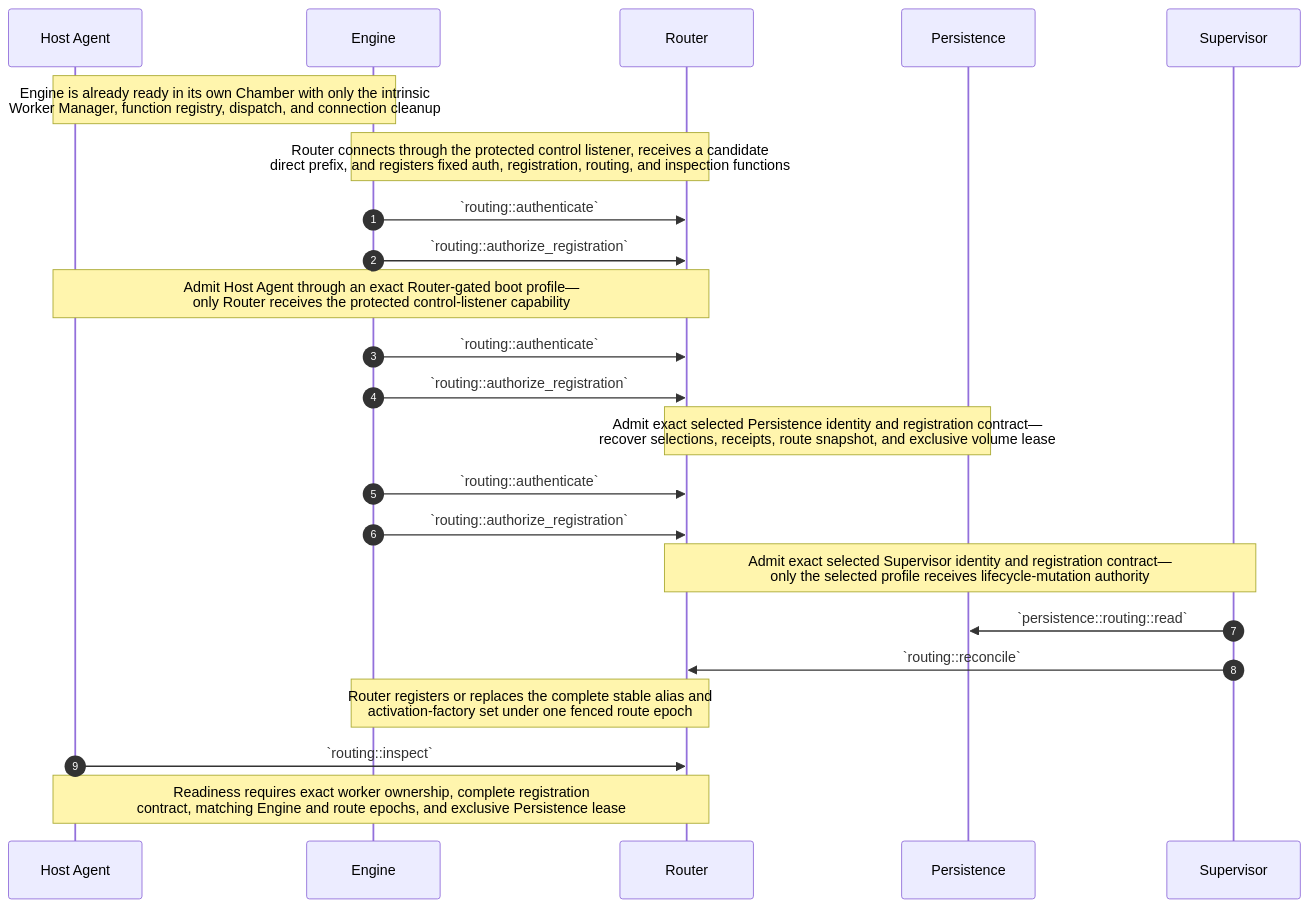
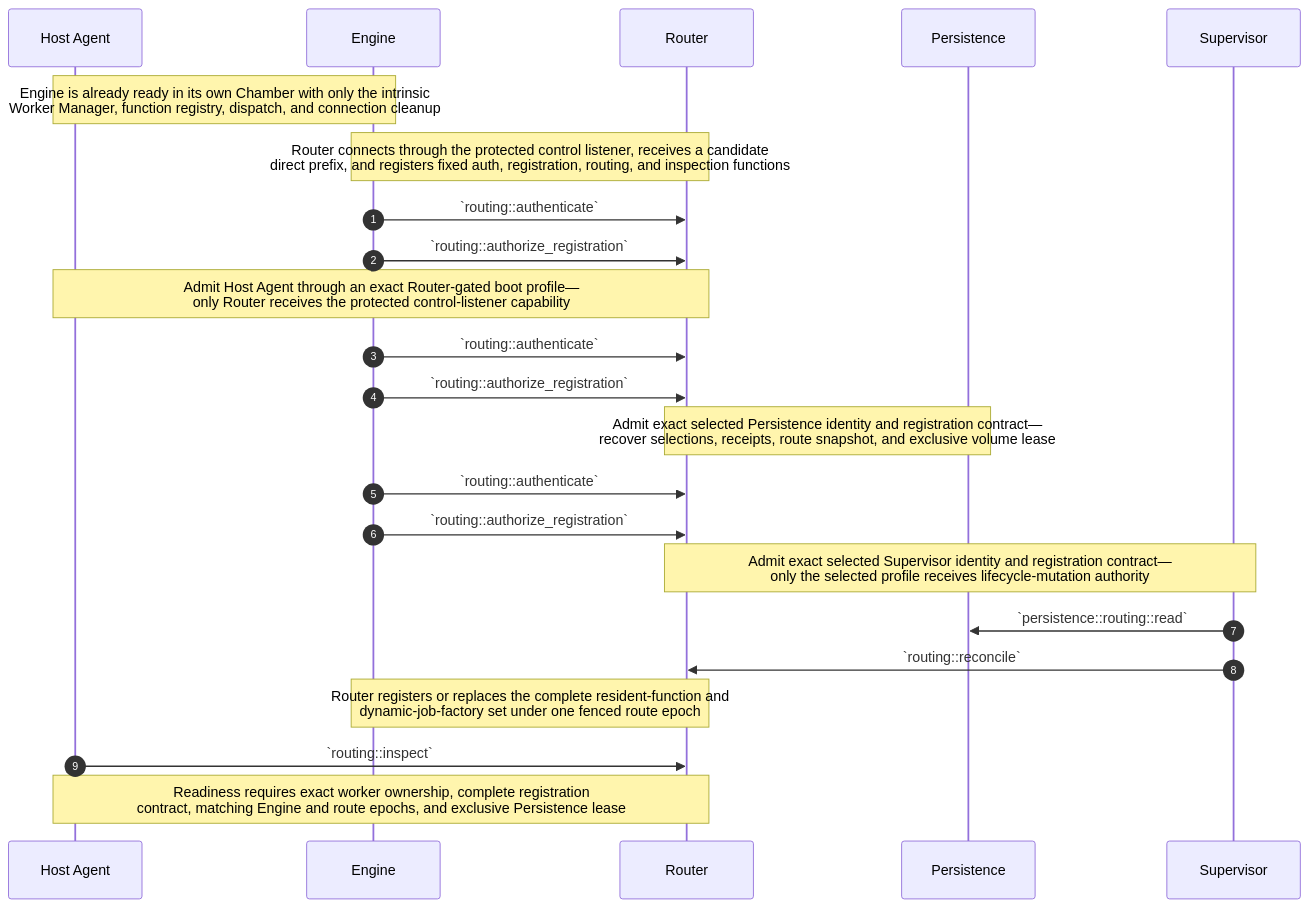
Before and after one commit to dreamcatcher-tech/chambers-lifecycle-explorer: the fifth of 16 diagrams in source/chambers-lifecycle-sequences.md, drawn with Mermaid. The commit also changed other lines of this file and 5 other files, not shown here.

````diff
--- a/source/chambers-lifecycle-sequences.md
+++ b/source/chambers-lifecycle-sequences.md
@@ -897,26 +967,26 @@
 ```mermaid
 sequenceDiagram
     autonumber
     participant HostAgent as Host Agent
     participant Engine
     participant Router as Router
     participant Persistence
     participant Supervisor
 
     Note over HostAgent,Engine: Engine is already ready in its own Chamber with only the intrinsic<br/>Worker Manager, function registry, dispatch, and connection cleanup
     Note over Engine,Router: Router connects through the protected control listener, receives a candidate<br/>direct prefix, and registers fixed auth, registration, routing, and inspection functions
     Engine->>Router: `routing::authenticate`
     Engine->>Router: `routing::authorize_registration`
     Note over HostAgent,Router: Admit Host Agent through an exact Router-gated boot profile—<br/>only Router receives the protected control-listener capability
     Engine->>Router: `routing::authenticate`
     Engine->>Router: `routing::authorize_registration`
     Note over Router,Persistence: Admit exact selected Persistence identity and registration contract—<br/>recover selections, receipts, route snapshot, and exclusive volume lease
     Engine->>Router: `routing::authenticate`
     Engine->>Router: `routing::authorize_registration`
     Note over Router,Supervisor: Admit exact selected Supervisor identity and registration contract—<br/>only the selected profile receives lifecycle-mutation authority
     Supervisor->>Persistence: `persistence::routing::read`
     Supervisor->>Router: `routing::reconcile`
-    Note over Router,Engine: Router registers or replaces the complete stable alias and<br/>activation-factory set under one fenced route epoch
+    Note over Router,Engine: Router registers or replaces the complete resident-function and<br/>dynamic-job-factory set under one fenced route epoch
     HostAgent->>Router: `routing::inspect`
     Note over HostAgent,Router: Readiness requires exact worker ownership, complete registration<br/>contract, matching Engine and route epochs, and exclusive Persistence lease
 ```
````
